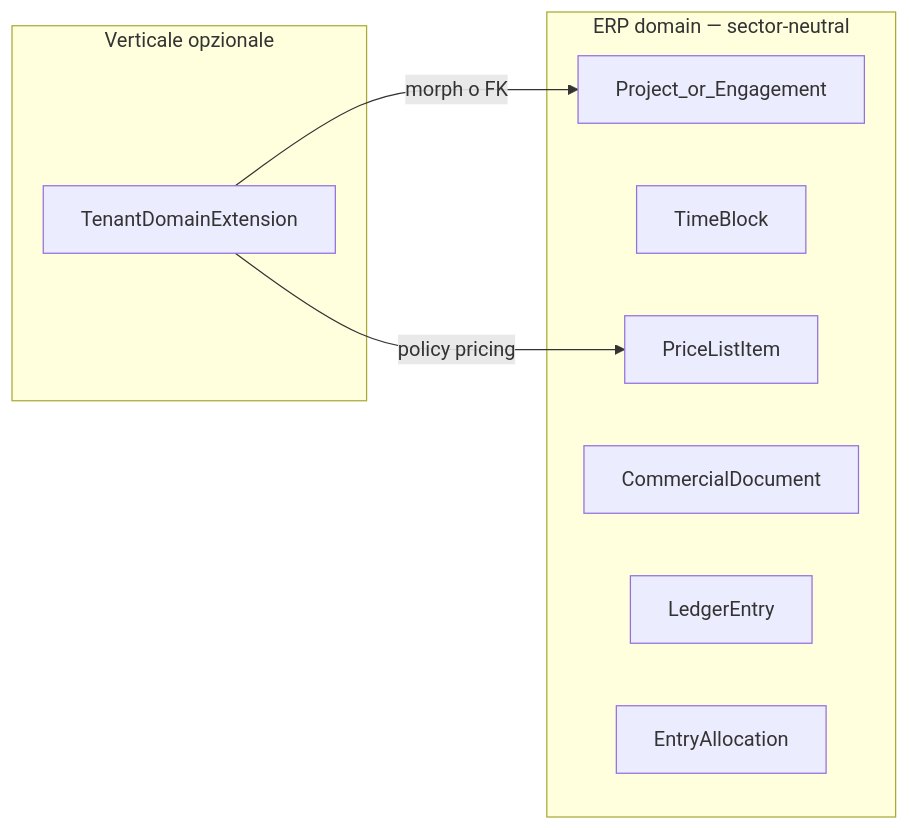
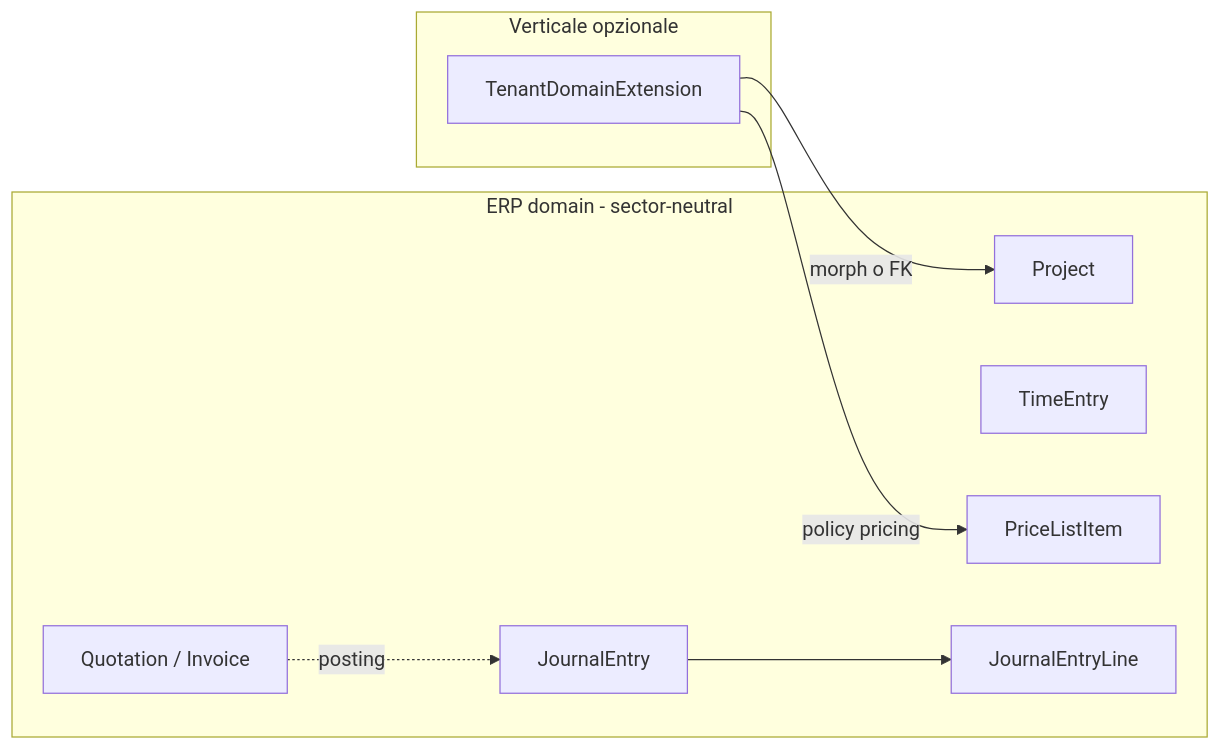
One commit to swolley/laraplate changed the fourth of 6 diagrams in .cursor/plans/nebula_verso_business_0d6eb0ed.plan.md. Above: the diagram before and after it, drawn with Mermaid. The commit also changed other lines of this file and 12 other files, not shown here.

````diff
--- a/.cursor/plans/nebula_verso_business_0d6eb0ed.plan.md
+++ b/.cursor/plans/nebula_verso_business_0d6eb0ed.plan.md
@@ -720,16 +773,18 @@
 ```mermaid
 flowchart LR
-  subgraph erp_domain [ERP domain — sector-neutral]
-    Project[Project_or_Engagement]
-    Time[TimeBlock]
+  subgraph erp_domain [ERP domain - sector-neutral]
+    Project[Project]
+    Time[TimeEntry]
     Catalog[PriceListItem]
-    Quotation[CommercialDocument]
-    Ledger[LedgerEntry]
-    Alloc[EntryAllocation]
+    Quotation[Quotation / Invoice]
+    Ledger[JournalEntry]
+    Lines[JournalEntryLine]
   end
   subgraph optionalVertical [Verticale opzionale]
     ExtensionAdapter[TenantDomainExtension]
   end
-  ExtensionAdapter -->|morph o FK| Project
-  ExtensionAdapter -->|policy pricing| Catalog
+  ExtensionAdapter -->|"morph o FK"| Project
+  ExtensionAdapter -->|"policy pricing"| Catalog
+  Quotation -.->|"posting"| Ledger
+  Ledger --> Lines
 ```
````
